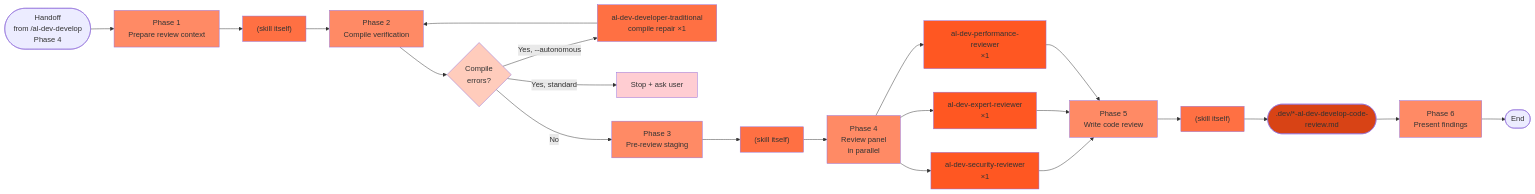
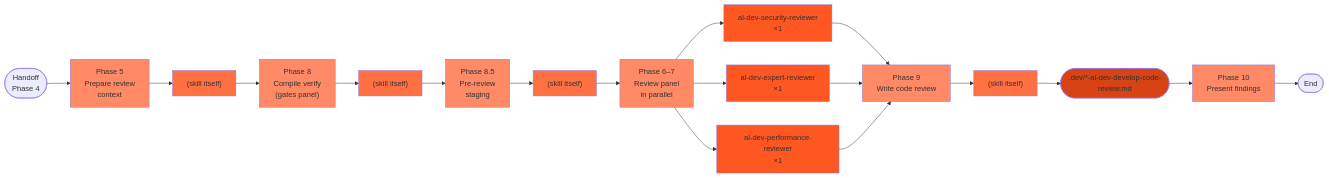
One commit to russell-laing/al-dev-shared changed the seventh of 21 diagrams in docs/al-dev-skills-map.md. Above: the diagram before and after it, drawn with Mermaid. The commit also changed other lines of this file and 1 other file, not shown here.

Commit message:
docs: sync AL agent and skill maps to current state

````diff
--- a/docs/al-dev-skills-map.md
+++ b/docs/al-dev-skills-map.md
@@ -249,42 +249,38 @@
 ```mermaid
 flowchart LR
-    Start([Handoff<br/>from /al-dev-develop<br/>Phase 4]) --> Phase1["Phase 1<br/>Prepare review context"]
-    Phase1 --> SkillWork1["(skill itself)"]
-    SkillWork1 --> Phase2["Phase 2<br/>Compile verification"]
-    Phase2 --> CompileDecision{Compile<br/>errors?}
-    CompileDecision -->|Yes, --autonomous| CompileFix["al-dev-developer-traditional<br/>compile repair ×1"]
-    CompileFix --> Phase2
-    CompileDecision -->|Yes, standard| Stop["Stop + ask user"]
-    CompileDecision -->|No| Phase3["Phase 3<br/>Pre-review staging"]
-    Phase3 --> SkillWork2["(skill itself)"]
-    SkillWork2 --> Phase4["Phase 4<br/>Review panel<br/>in parallel"]
+    Start([Handoff<br/>Phase 4]) --> Phase5["Phase 5<br/>Prepare review<br/>context"]
+    Phase5 --> SkillWork1["(skill itself)"]
+    SkillWork1 --> Phase8["Phase 8<br/>Compile verify<br/>(gates panel)"]
+    Phase8 --> SkillWork2["(skill itself)"]
+    SkillWork2 --> Phase85["Phase 8.5<br/>Pre-review<br/>staging"]
+    Phase85 --> SkillWork3["(skill itself)"]
+    SkillWork3 --> Phase67["Phase 6–7<br/>Review panel<br/>in parallel"]
 
-    Phase4 --> SecReview["al-dev-security-reviewer<br/>×1"]
-    Phase4 --> ExpertReview["al-dev-expert-reviewer<br/>×1"]
-    Phase4 --> PerfReview["al-dev-performance-reviewer<br/>×1"]
+    Phase67 --> SecReview["al-dev-security-reviewer<br/>×1"]
+    Phase67 --> ExpertReview["al-dev-expert-reviewer<br/>×1"]
+    Phase67 --> PerfReview["al-dev-performance-reviewer<br/>×1"]
 
-    SecReview --> Phase5["Phase 5<br/>Write code review"]
-    ExpertReview --> Phase5
-    PerfReview --> Phase5
-    Phase5 --> SkillWork3["(skill itself)"]
-    SkillWork3 --> Output1([".dev/*-al-dev-develop-code-review.md"])
-    Output1 --> Phase6["Phase 6<br/>Present findings"]
-    Phase6 --> End([End])
+    SecReview --> Phase9["Phase 9<br/>Write code review"]
+    ExpertReview --> Phase9
+    PerfReview --> Phase9
 
-    style Phase1 fill:#ff8a65
-    style Phase2 fill:#ff8a65
-    style Phase3 fill:#ff8a65
-    style Phase4 fill:#ff8a65
+    Phase9 --> SkillWork4["(skill itself)"]
+    SkillWork4 --> Output1([".dev/*-al-dev-develop-code-review.md"])
+    Output1 --> Phase10["Phase 10<br/>Present findings"]
+    Phase10 --> End([End])
+
     style Phase5 fill:#ff8a65
-    style Phase6 fill:#ff8a65
+    style Phase8 fill:#ff8a65
+    style Phase85 fill:#ff8a65
+    style Phase67 fill:#ff8a65
+    style Phase9 fill:#ff8a65
+    style Phase10 fill:#ff8a65
     style SkillWork1 fill:#ff7043
     style SkillWork2 fill:#ff7043
     style SkillWork3 fill:#ff7043
-    style CompileDecision fill:#ffccbc
-    style CompileFix fill:#ff7043
-    style Stop fill:#ffcdd2
+    style SkillWork4 fill:#ff7043
     style SecReview fill:#ff5722
     style ExpertReview fill:#ff5722
     style PerfReview fill:#ff5722
     style Output1 fill:#d84315
 ```
````
